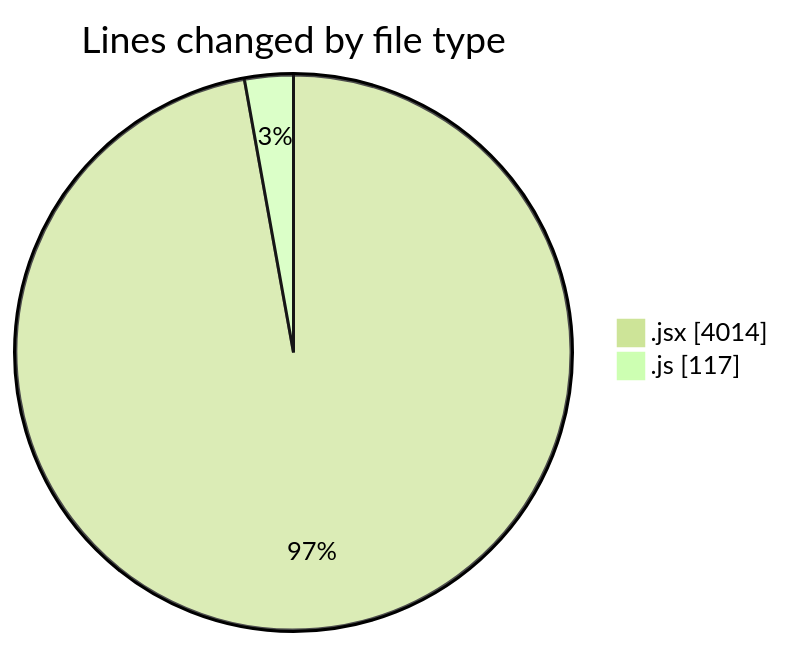
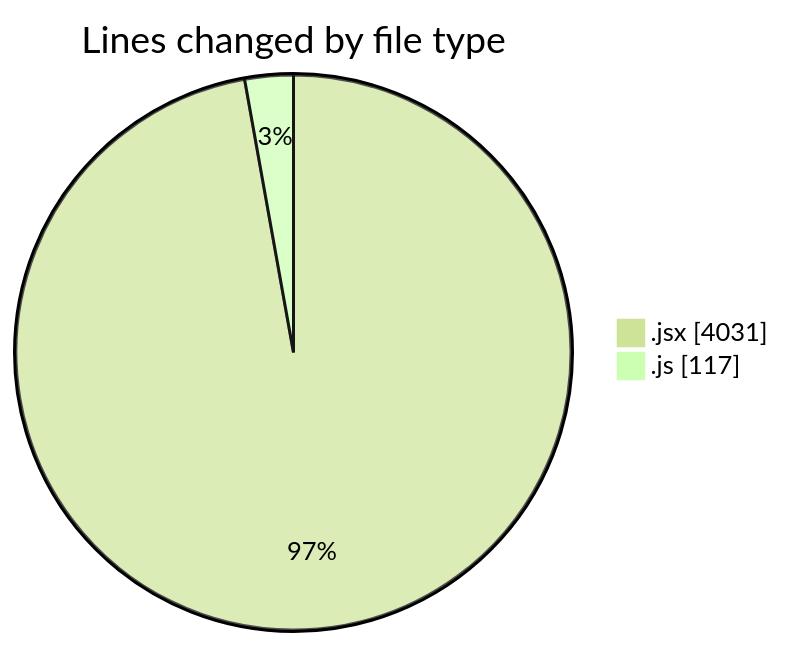
One commit to nxtqubesakshisongat/code-tracking changed the first of 2 diagrams in 2026-01-12/nxtqube_webapp/README.md. Above: the diagram before and after it, drawn with Mermaid (forest theme). The commit also changed other lines of this file and 1 other file, not shown here.

````diff
--- a/2026-01-12/nxtqube_webapp/README.md
+++ b/2026-01-12/nxtqube_webapp/README.md
@@ -28,6 +28,6 @@
 ```mermaid
 pie showData
 title Lines changed by file type
-".jsx" : 4014
+".jsx" : 4031
 ".js" : 117
 ```
````
